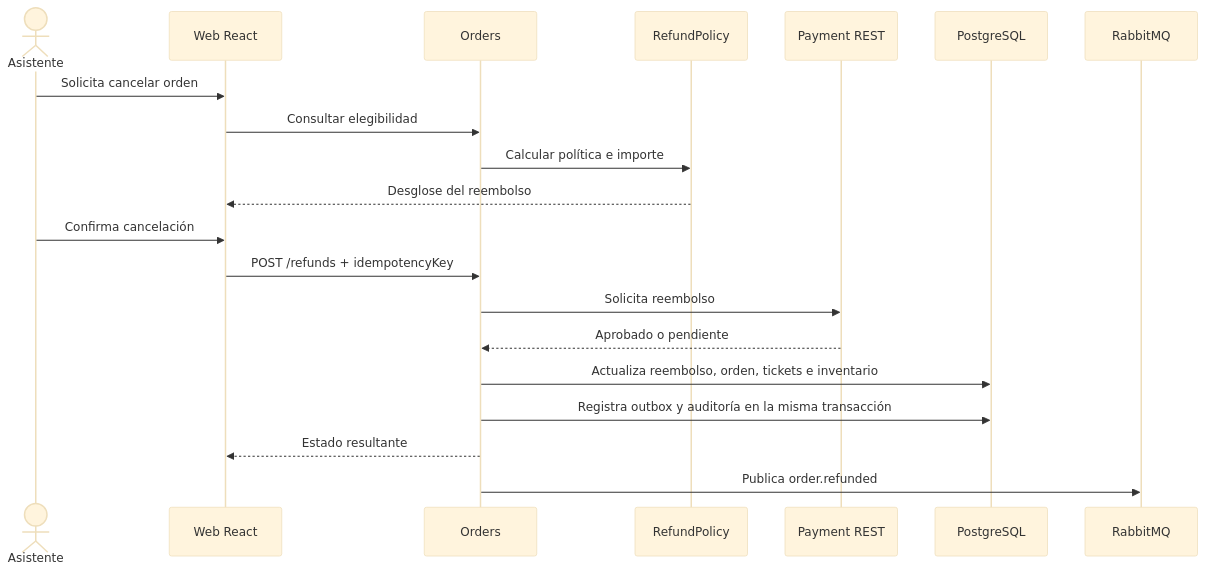
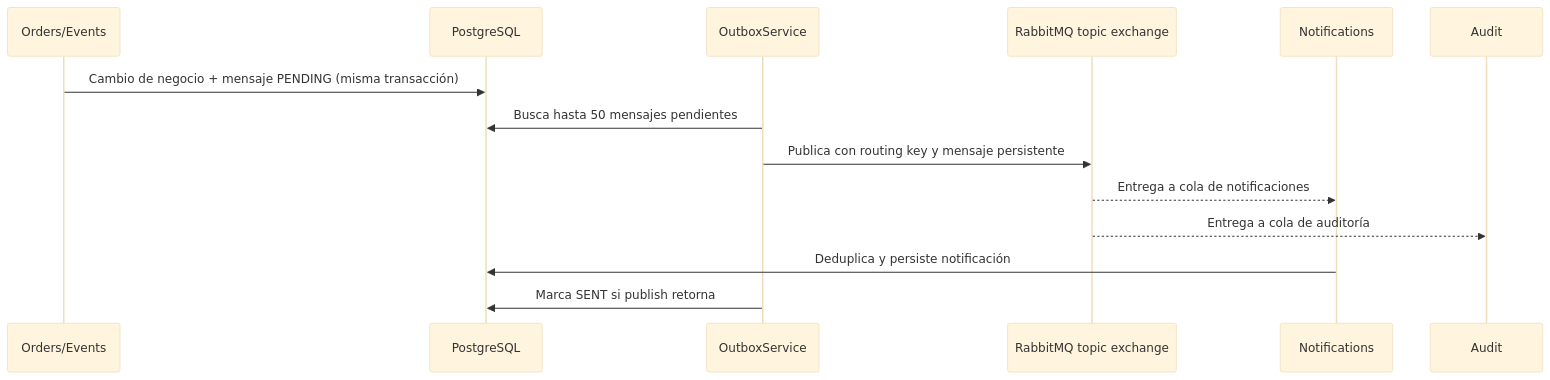
The fourth of 4 diagrams in docs/arquitectura/ARCHITECTURE.md (Sebalin2003/EventHub), drawn with Mermaid (base theme) before and after one commit. The commit also changed other lines of this file and 17 other files, not shown here.

````diff
--- a/docs/arquitectura/ARCHITECTURE.md
+++ b/docs/arquitectura/ARCHITECTURE.md
@@ -445,23 +92,16 @@
 ```mermaid
 sequenceDiagram
-    actor A as Asistente
-    participant W as Web React
-    participant O as Orders
-    participant R as RefundPolicy
-    participant P as Payment REST
+    participant O as Orders/Events
     participant DB as PostgreSQL
-    participant MQ as RabbitMQ
-
-    A->>W: Solicita cancelar orden
-    W->>O: Consultar elegibilidad
-    O->>R: Calcular política e importe
-    R-->>W: Desglose del reembolso
-    A->>W: Confirma cancelación
-    W->>O: POST /refunds + idempotencyKey
-    O->>P: Solicita reembolso
-    P-->>O: Aprobado o pendiente
-    O->>DB: Actualiza reembolso, orden, tickets e inventario
-    O->>DB: Registra outbox y auditoría en la misma transacción
-    O-->>W: Estado resultante
-    O->>MQ: Publica order.refunded
+    participant D as OutboxService
+    participant R as RabbitMQ topic exchange
+    participant N as Notifications
+    participant L as Audit
+    O->>DB: Cambio de negocio + mensaje PENDING (misma transacción)
+    D->>DB: Busca hasta 50 mensajes pendientes
+    D->>R: Publica con routing key y mensaje persistente
+    R-->>N: Entrega a cola de notificaciones
+    R-->>L: Entrega a cola de auditoría
+    N->>DB: Deduplica y persiste notificación
+    D->>DB: Marca SENT si publish retorna
 ```
````
